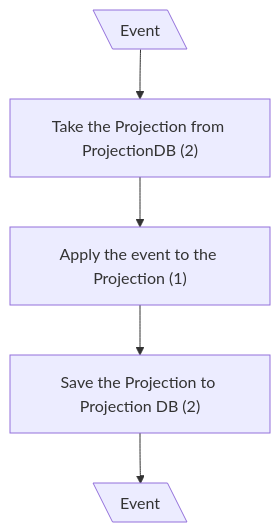
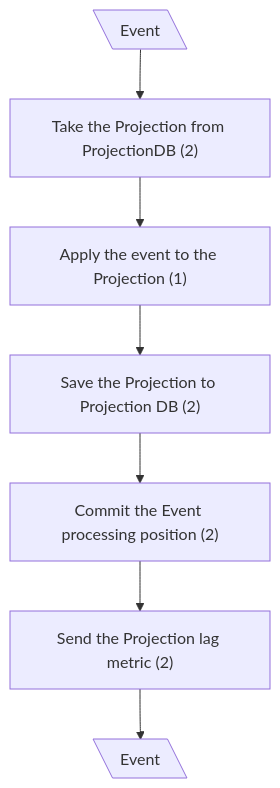
Before and after one commit to dmitryhruzin/CQRS-variations-test: the first of 2 diagrams in docs/CF Complexity/Canonical CQRS -> mCQRS/eventual consistency.md, drawn with Mermaid. The commit also changed other lines of this file and 21 other files, not shown here.

````diff
--- a/docs/CF Complexity/Canonical CQRS -> mCQRS/eventual consistency.md
+++ b/docs/CF Complexity/Canonical CQRS -> mCQRS/eventual consistency.md
@@ -5,9 +5,11 @@
 ```mermaid
 flowchart TD
   classDef mod stroke:#f00
   A@{ shape: lean-l, label: "Event" }
   A --> B["Take the Projection from ProjectionDB (2)"]
   B --> C["Apply the event to the Projection (1)"]
   C --> D["Save the Projection to Projection DB (2)"]
-  D --> E@{ shape: lean-l, label: "Event" }
+  D --> CP["Commit the Event processing position (2)"]
+  CP --> MT["Send the Projection lag metric (2)"]
+  MT --> E@{ shape: lean-l, label: "Event" }
 ```
````
